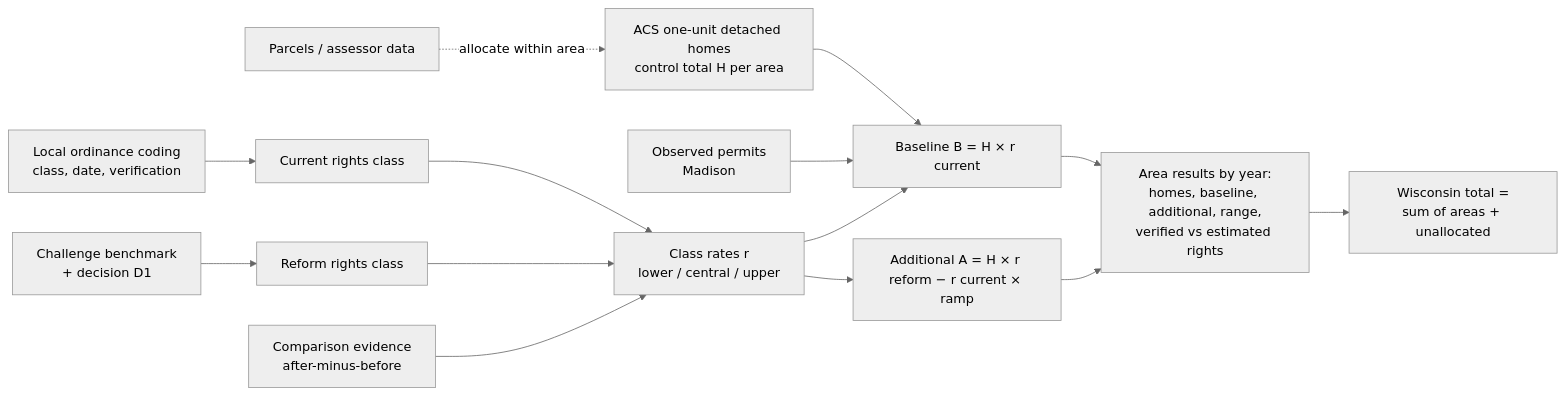
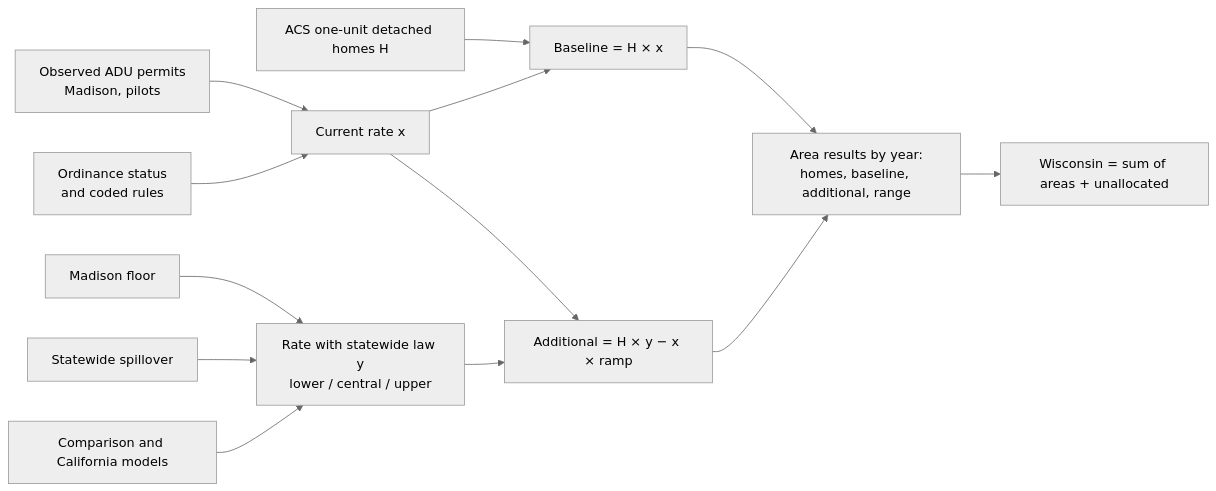
Before and after one commit to mroconnell/housing-challenge-starter-missingmiddleware: the diagram in docs/gate1/SCOPE_AND_MODEL.md, drawn with Mermaid (neutral theme). The commit also changed other lines of this file and 3 other files, not shown here.

````diff
--- a/docs/gate1/SCOPE_AND_MODEL.md
+++ b/docs/gate1/SCOPE_AND_MODEL.md
@@ -59,16 +73,15 @@
 ```mermaid
 flowchart LR
-  ACS[ACS one-unit detached homes<br/>control total H per area] --> BASE
-  PAR[Parcels / assessor data] -. allocate within area .-> ACS
-  RULES[Local ordinance coding<br/>class, date, verification] --> CUR[Current rights class]
-  BM[Challenge benchmark<br/>+ decision D1] --> REF[Reform rights class]
-  CUR --> RC[Class rates r<br/>lower / central / upper]
-  REF --> RC
-  OBS[Observed permits<br/>Madison] --> BASE
-  EV[Comparison evidence<br/>after-minus-before] --> RC
-  RC --> BASE[Baseline B = H × r current]
-  RC --> ADD[Additional A = H × r reform − r current × ramp]
-  BASE --> OUT[Area results by year:<br/>homes, baseline, additional, range,<br/>verified vs estimated rights]
+  ACS[ACS one-unit detached homes H] --> BASE
+  PERM[Observed ADU permits<br/>Madison, pilots] --> X[Current rate x]
+  ORD[Ordinance status<br/>and coded rules] --> X
+  X --> BASE[Baseline = H × x]
+  FLOOR[Madison floor] --> Y[Rate with statewide law y<br/>lower / central / upper]
+  SPILL[Statewide spillover] --> Y
+  MODELS[Comparison and California models] --> Y
+  Y --> ADD[Additional = H × y − x × ramp]
+  X --> ADD
+  BASE --> OUT[Area results by year:<br/>homes, baseline, additional, range]
   ADD --> OUT
-  OUT --> STATE[Wisconsin total =<br/>sum of areas + unallocated]
+  OUT --> STATE[Wisconsin = sum of areas + unallocated]
 ```
````
